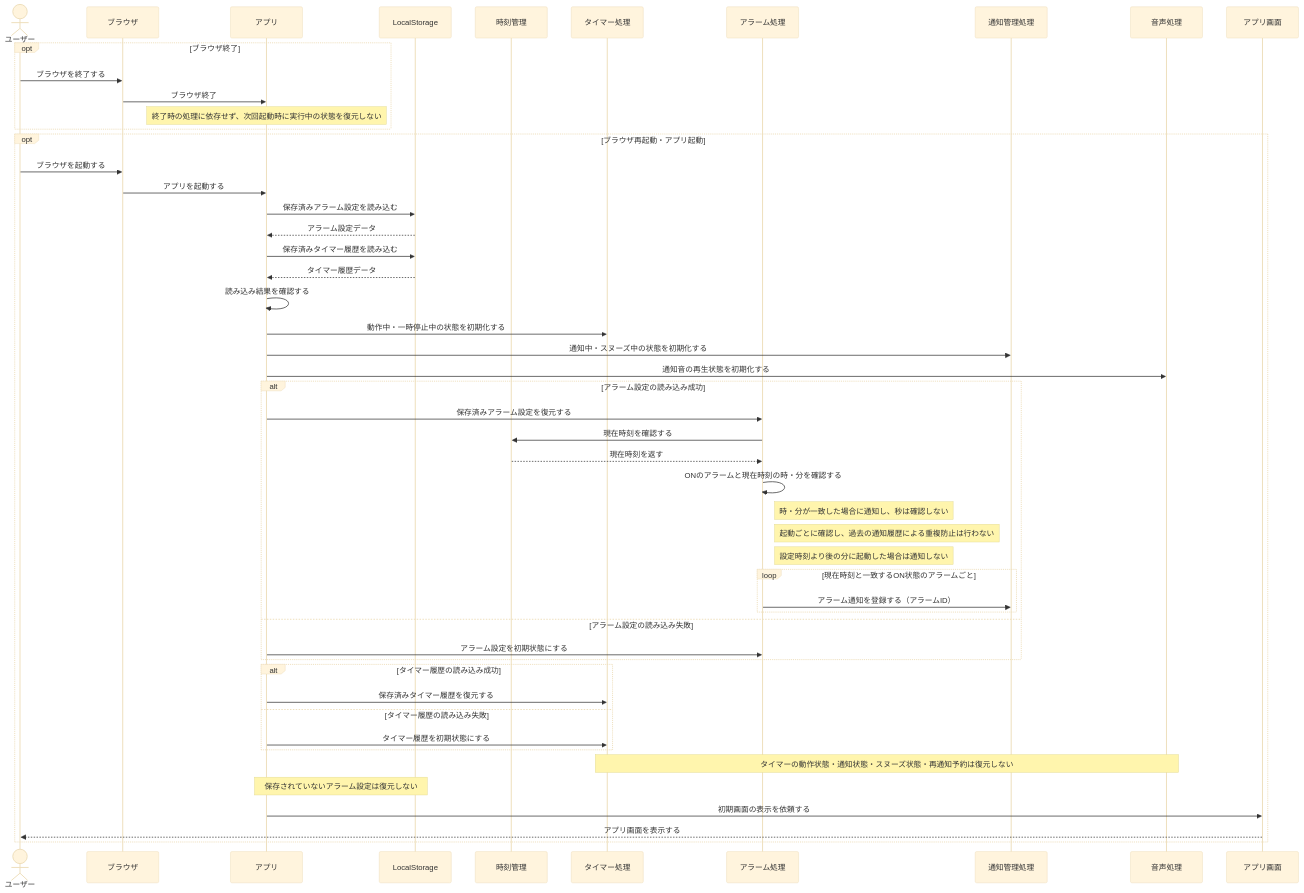
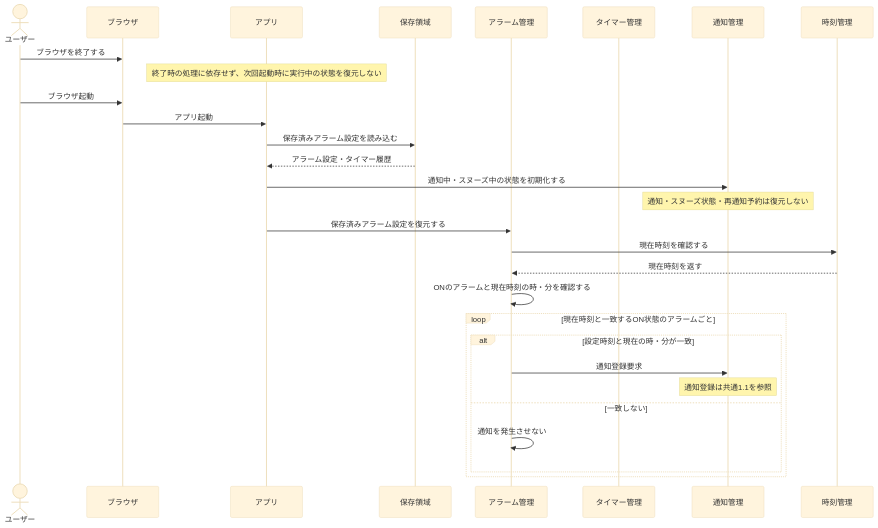
One commit to shun62201234-crypto/timerApplication changed the seventh of 7 diagrams in document/設計/シーケンス図/共通シーケンス図.md. Above: the diagram before and after it, drawn with Mermaid (base theme). The commit also changed other lines of this file, not shown here.

First line of the commit message:
共通シーケンス図の整理と重複処理の統合

````diff
--- a/document/設計/シーケンス図/共通シーケンス図.md
+++ b/document/設計/シーケンス図/共通シーケンス図.md
@@ -265,67 +229,37 @@
 ```mermaid
 sequenceDiagram
     actor User as ユーザー
     participant Browser as ブラウザ
     participant App as アプリ
-    participant Storage as LocalStorage
+    participant Storage as 保存領域
+    participant Alarm as アラーム管理
+    participant Timer as タイマー管理
+    participant Notify as 通知管理
     participant Clock as 時刻管理
-    participant Timer as タイマー処理
-    participant Alarm as アラーム処理
-    participant Notify as 通知管理処理
-    participant Audio as 音声処理
-    participant UI as アプリ画面
 
-    opt ブラウザ終了
-        User->>Browser: ブラウザを終了する
-        Browser->>App: ブラウザ終了
-        Note over App: 終了時の処理に依存せず、次回起動時に実行中の状態を復元しない
-    end
+    User->>Browser: ブラウザを終了する
+    Note over App: 終了時の処理に依存せず、次回起動時に実行中の状態を復元しない
 
-    opt ブラウザ再起動・アプリ起動
-        User->>Browser: ブラウザを起動する
-        Browser->>App: アプリを起動する
+    User->>Browser: ブラウザ起動
+    Browser->>App: アプリ起動
+    App->>Storage: 保存済みアラーム設定を読み込む
+    Storage-->>App: アラーム設定・タイマー履歴
 
-        App->>Storage: 保存済みアラーム設定を読み込む
-        Storage-->>App: アラーム設定データ
+    App->>Notify: 通知中・スヌーズ中の状態を初期化する
+    Note over Notify: 通知・スヌーズ状態・再通知予約は復元しない
 
-        App->>Storage: 保存済みタイマー履歴を読み込む
-        Storage-->>App: タイマー履歴データ
+    App->>Alarm: 保存済みアラーム設定を復元する
+    Alarm->>Clock: 現在時刻を確認する
+    Clock-->>Alarm: 現在時刻を返す
 
-        App->>App: 読み込み結果を確認する
+    Alarm->>Alarm: ONのアラームと現在時刻の時・分を確認する
 
-        App->>Timer: 動作中・一時停止中の状態を初期化する
-        App->>Notify: 通知中・スヌーズ中の状態を初期化する
-        App->>Audio: 通知音の再生状態を初期化する
-
-        alt アラーム設定の読み込み成功
-            App->>Alarm: 保存済みアラーム設定を復元する
-            Alarm->>Clock: 現在時刻を確認する
-            Clock-->>Alarm: 現在時刻を返す
-            Alarm->>Alarm: ONのアラームと現在時刻の時・分を確認する
-
-            Note right of Alarm: 時・分が一致した場合に通知し、秒は確認しない
-            Note right of Alarm: 起動ごとに確認し、過去の通知履歴による重複防止は行わない
-            Note right of Alarm: 設定時刻より後の分に起動した場合は通知しない
-
-            loop 現在時刻と一致するON状態のアラームごと
-                Alarm->>Notify: アラーム通知を登録する（アラームID）
-            end
-
-        else アラーム設定の読み込み失敗
-            App->>Alarm: アラーム設定を初期状態にする
+    loop 現在時刻と一致するON状態のアラームごと
+        alt 設定時刻と現在の時・分が一致
+            Alarm->>Notify: 通知登録要求
+            Note over Notify: 通知登録は共通1.1を参照
+        else 一致しない
+            Alarm->>Alarm: 通知を発生させない
         end
-
-        alt タイマー履歴の読み込み成功
-            App->>Timer: 保存済みタイマー履歴を復元する
-        else タイマー履歴の読み込み失敗
-            App->>Timer: タイマー履歴を初期状態にする
-        end
-
-
-        Note over Timer,Audio: タイマーの動作状態・通知状態・スヌーズ状態・再通知予約は復元しない
-        Note over App,Storage: 保存されていないアラーム設定は復元しない
-
-        App->>UI: 初期画面の表示を依頼する
-        UI-->>User: アプリ画面を表示する
     end
 ```
````
